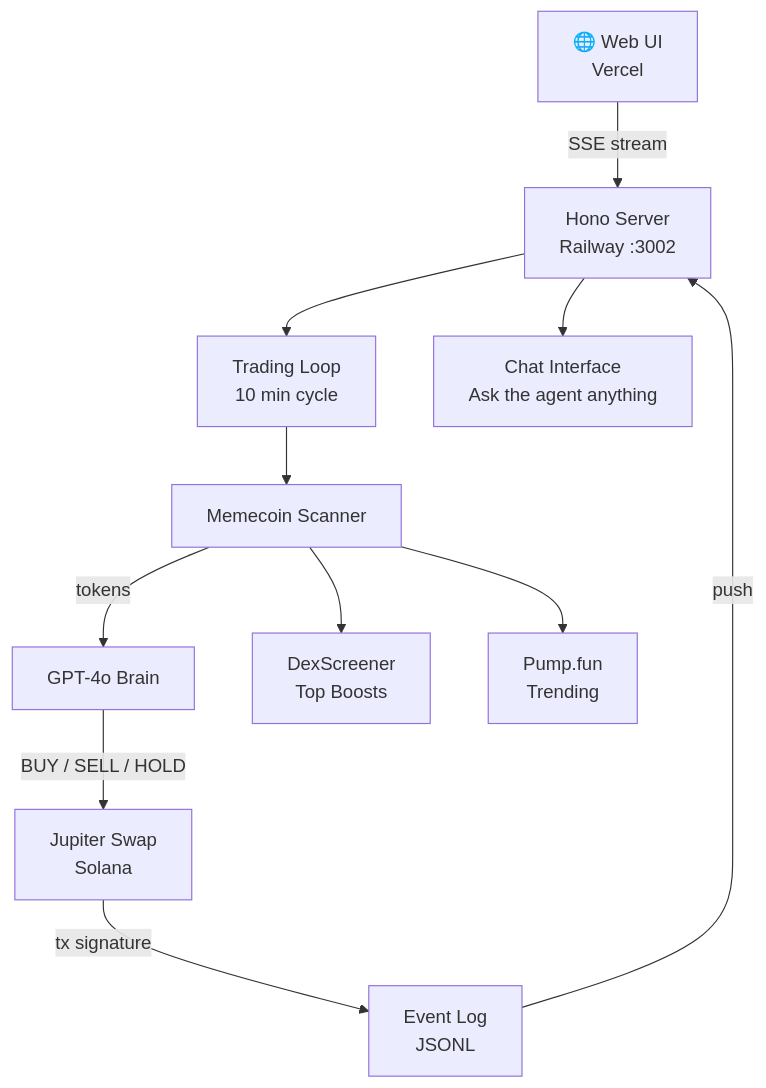
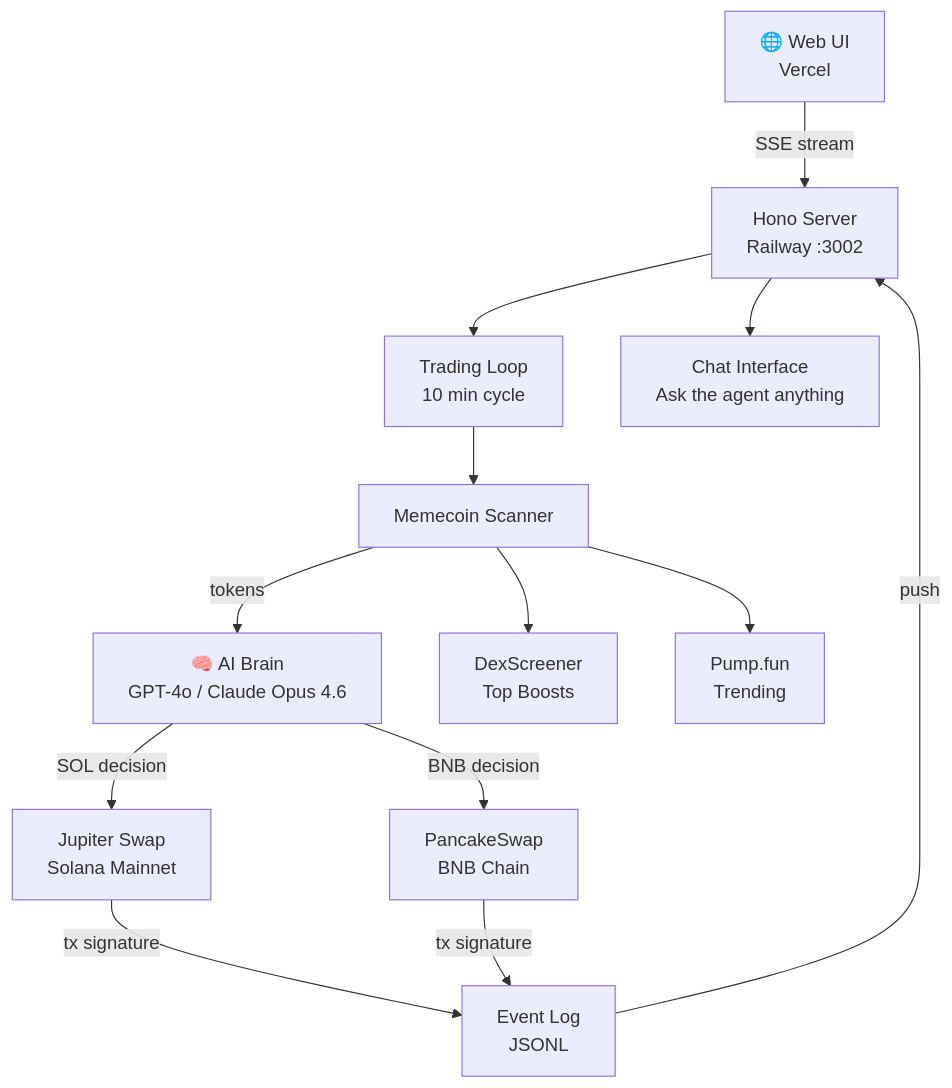
One commit to JunaidAtta-ai/Vardus_Agent changed the diagram in README.md. Above: the diagram before and after it, drawn with Mermaid. The commit also changed other lines of this file, not shown here.

Commit message:
docs: add BNB chain + Claude Opus 4.6 to architecture and all sections

````diff
--- a/README.md
+++ b/README.md
@@ -61,13 +64,15 @@
 ```mermaid
 flowchart TD
     A[🌐 Web UI\nVercel] -->|SSE stream| B[Hono Server\nRailway :3002]
     B --> C[Trading Loop\n10 min cycle]
     C --> D[Memecoin Scanner]
-    D -->|tokens| E[GPT-4o Brain]
-    E -->|BUY / SELL / HOLD| F[Jupiter Swap\nSolana]
+    D -->|tokens| E[🧠 AI Brain\nGPT-4o / Claude Opus 4.6]
+    E -->|SOL decision| F[Jupiter Swap\nSolana Mainnet]
+    E -->|BNB decision| I[PancakeSwap\nBNB Chain]
     F -->|tx signature| G[Event Log\nJSONL]
+    I -->|tx signature| G
     G -->|push| B
     D --> D1[DexScreener\nTop Boosts]
     D --> D2[Pump.fun\nTrending]
     B --> H[Chat Interface\nAsk the agent anything]
 ```
````
